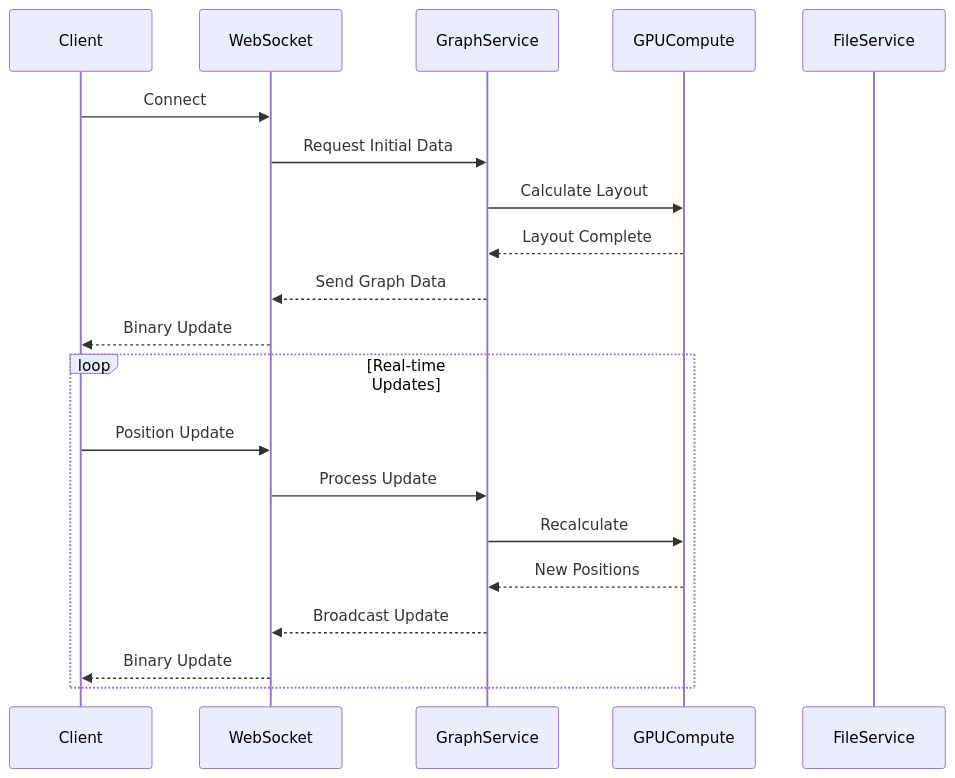
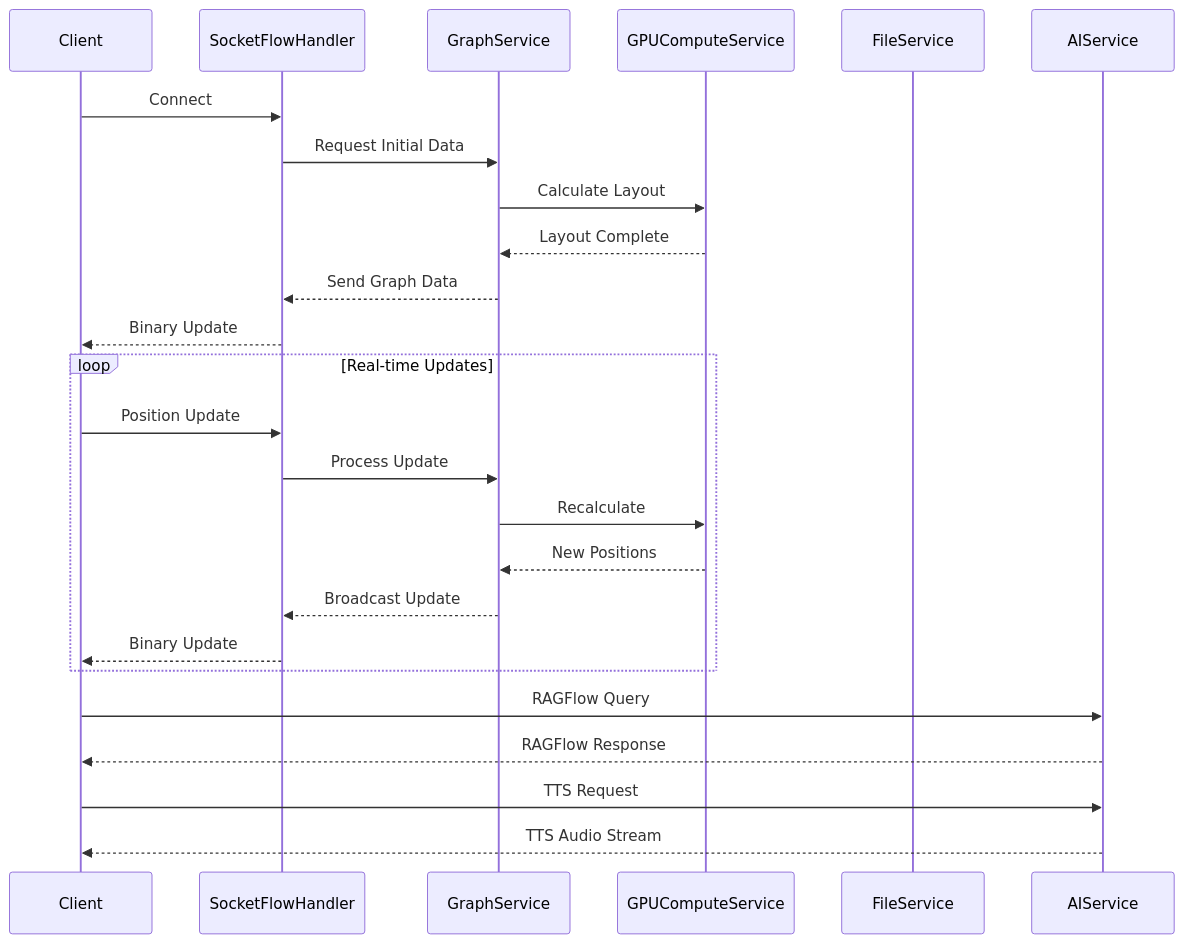
One commit to DreamLab-AI/VisionFlow changed the diagram in docs/server/architecture.md. Above: the diagram before and after it, drawn with Mermaid. The commit also changed other lines of this file and 11 other files, not shown here.

````diff
--- a/docs/server/architecture.md
+++ b/docs/server/architecture.md
@@ -187,24 +190,31 @@
 ```mermaid
 sequenceDiagram
     participant Client
-    participant WebSocket
+    participant SocketFlowHandler
     participant GraphService
-    participant GPUCompute
+    participant GPUComputeService
     participant FileService
+    participant AIService
 
-    Client->>WebSocket: Connect
-    WebSocket->>GraphService: Request Initial Data
-    GraphService->>GPUCompute: Calculate Layout
-    GPUCompute-->>GraphService: Layout Complete
-    GraphService-->>WebSocket: Send Graph Data
-    WebSocket-->>Client: Binary Update
+    Client->>SocketFlowHandler: Connect
+    SocketFlowHandler->>GraphService: Request Initial Data
+    GraphService->>GPUComputeService: Calculate Layout
+    GPUComputeService-->>GraphService: Layout Complete
+    GraphService-->>SocketFlowHandler: Send Graph Data
+    SocketFlowHandler-->>Client: Binary Update
 
     loop Real-time Updates
-        Client->>WebSocket: Position Update
-        WebSocket->>GraphService: Process Update
-        GraphService->>GPUCompute: Recalculate
-        GPUCompute-->>GraphService: New Positions
-        GraphService-->>WebSocket: Broadcast Update
-        WebSocket-->>Client: Binary Update
+        Client->>SocketFlowHandler: Position Update
+        SocketFlowHandler->>GraphService: Process Update
+        GraphService->>GPUComputeService: Recalculate
+        GPUComputeService-->>GraphService: New Positions
+        GraphService-->>SocketFlowHandler: Broadcast Update
+        SocketFlowHandler-->>Client: Binary Update
     end
+
+    Client->>AIService: RAGFlow Query
+    AIService-->>Client: RAGFlow Response
+
+    Client->>AIService: TTS Request
+    AIService-->>Client: TTS Audio Stream
 ```
````
